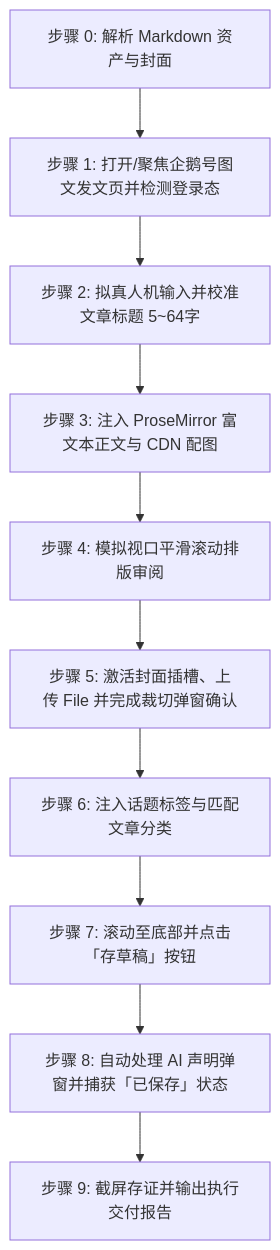
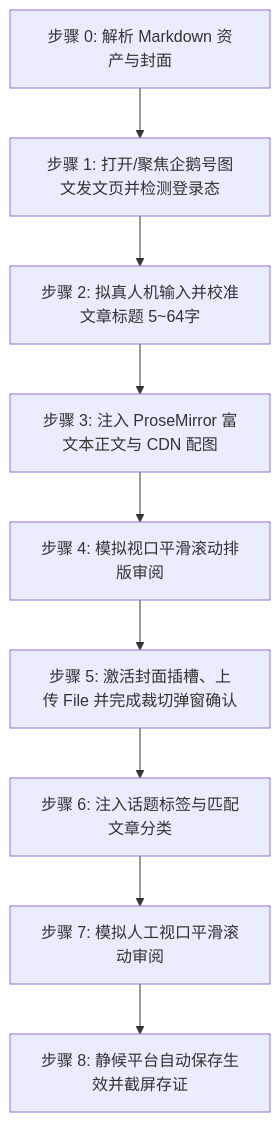
The diagram in skills/doudou-qiehao/SKILL.md (undsky/doudou-publish-skills), drawn with Mermaid before and after one commit. The commit also changed other lines of this file and 24 other files, not shown here.

````diff
--- a/skills/doudou-qiehao/SKILL.md
+++ b/skills/doudou-qiehao/SKILL.md
@@ -45,12 +46,11 @@
 ```mermaid
 flowchart TD
     S0[步骤 0: 解析 Markdown 资产与封面] --> S1[步骤 1: 打开/聚焦企鹅号图文发文页并检测登录态]
     S1 --> S2[步骤 2: 拟真人机输入并校准文章标题 5~64字]
     S2 --> S3[步骤 3: 注入 ProseMirror 富文本正文与 CDN 配图]
     S3 --> S4[步骤 4: 模拟视口平滑滚动排版审阅]
     S4 --> S5[步骤 5: 激活封面插槽、上传 File 并完成裁切弹窗确认]
     S5 --> S6[步骤 6: 注入话题标签与匹配文章分类]
-    S6 --> S7[步骤 7: 滚动至底部并点击「存草稿」按钮]
-    S7 --> S8[步骤 8: 自动处理 AI 声明弹窗并捕获「已保存」状态]
-    S8 --> S9[步骤 9: 截屏存证并输出执行交付报告]
+    S6 --> S7[步骤 7: 模拟人工视口平滑滚动审阅]
+    S7 --> S8[步骤 8: 静候平台自动保存生效并截屏存证]
 ```
````
